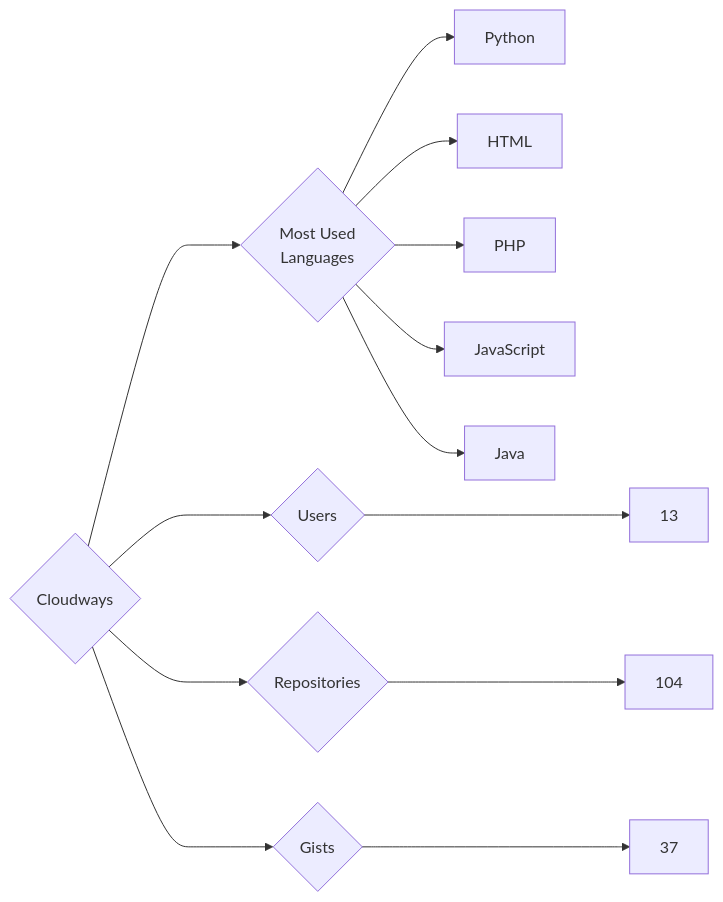
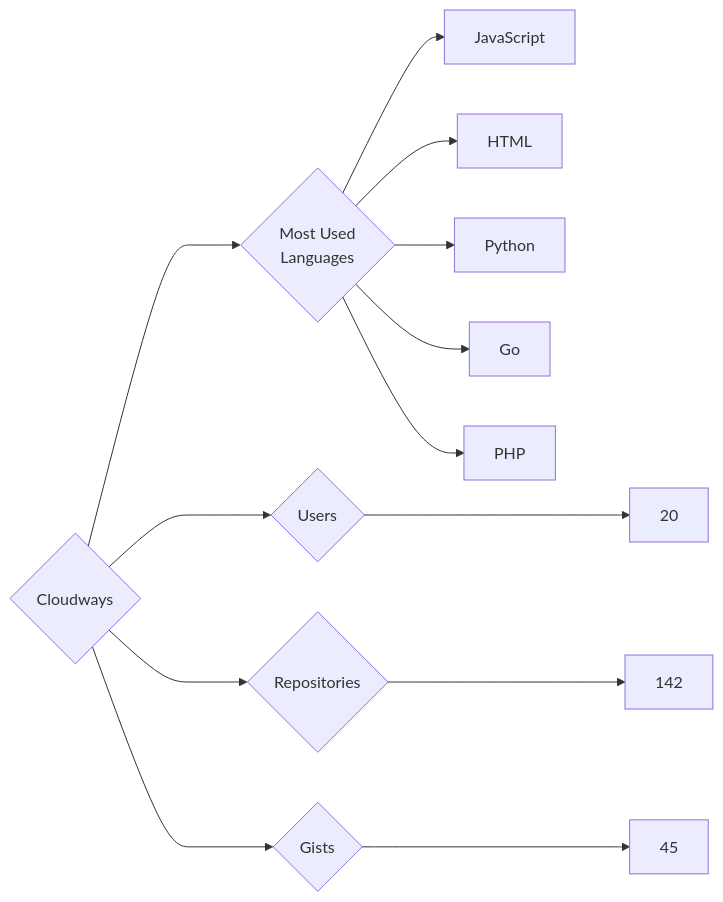
Before and after one commit to trickest/insiders: the diagram in targets/Cloudways/README.md, drawn with Mermaid. The commit also changed 1238 other files, not shown here.

````diff
--- a/targets/Cloudways/README.md
+++ b/targets/Cloudways/README.md
@@ -3,13 +3,13 @@
 ```mermaid
 graph LR
 COMPANY_NAME{Cloudways}
-COMPANY_NAME ---> U{Users} ---> UN[13]
-COMPANY_NAME ---> R{Repositories} ---> RN[104]
-COMPANY_NAME ---> G{Gists} ---> GN[37]
+COMPANY_NAME ---> U{Users} ---> UN[20]
+COMPANY_NAME ---> R{Repositories} ---> RN[142]
+COMPANY_NAME ---> G{Gists} ---> GN[45]
 COMPANY_NAME ---> ML{Most Used<br>Languages}
+ML --> JavaScript[JavaScript]
+ML --> HTML[HTML]
 ML --> Python[Python]
-ML --> HTML[HTML]
+ML --> Go[Go]
 ML --> PHP[PHP]
-ML --> JavaScript[JavaScript]
-ML --> Java[Java]
 ```
````
